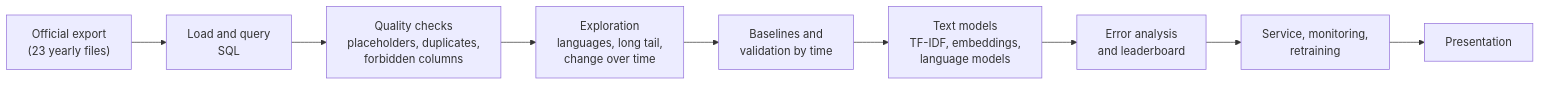
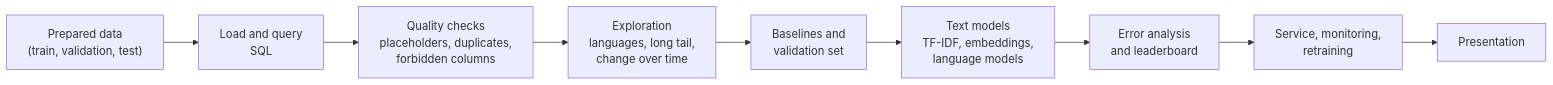
One commit to khoadaniel/statistical-programming-mpmd-htw-ws-2026 changed the fifth of 5 diagrams in proposal/CURRICULUM.md. Above: the diagram before and after it, drawn with Mermaid. The commit also changed other lines of this file and 139 other files, not shown here.

````diff
--- a/proposal/CURRICULUM.md
+++ b/proposal/CURRICULUM.md
@@ -962,11 +962,11 @@
 ```mermaid
 flowchart LR
-  A["Official export<br/>(23 yearly files)"] --> B["Load and query<br/>SQL"]
+  A["Prepared data<br/>(train, validation, test)"] --> B["Load and query<br/>SQL"]
   B --> C["Quality checks<br/>placeholders, duplicates,<br/>forbidden columns"]
   C --> D["Exploration<br/>languages, long tail,<br/>change over time"]
-  D --> E["Baselines and<br/>validation by time"]
+  D --> E["Baselines and<br/>validation set"]
   E --> F["Text models<br/>TF-IDF, embeddings,<br/>language models"]
   F --> G["Error analysis<br/>and leaderboard"]
   G --> H["Service, monitoring,<br/>retraining"]
   H --> I["Presentation"]
 ```
````
